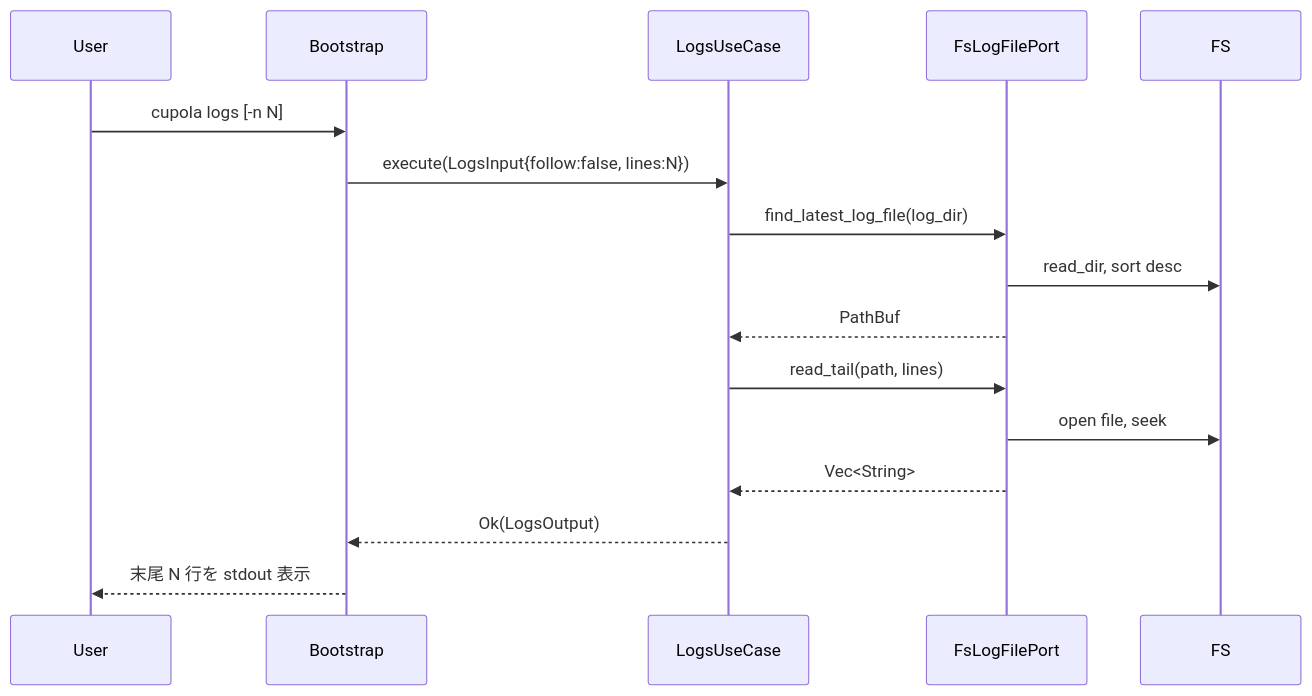
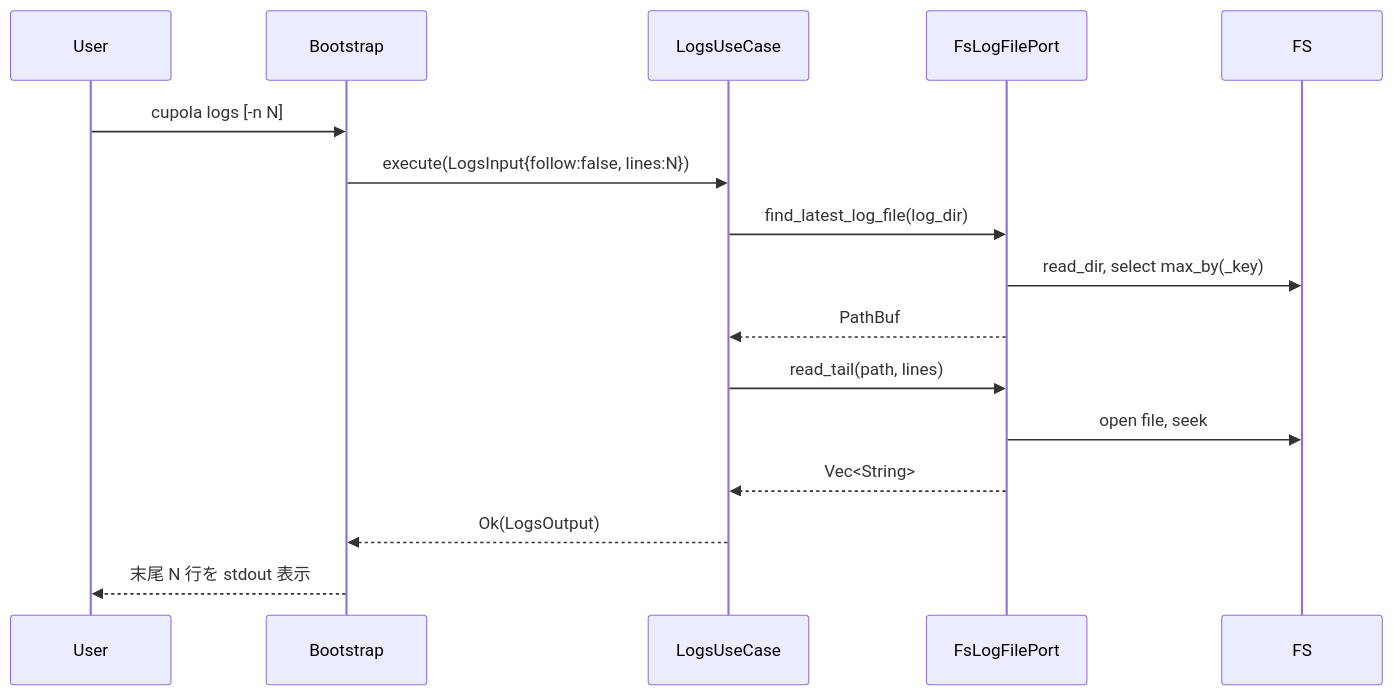
One commit to kyuki3rain/cupola changed the second of 3 diagrams in .cupola/specs/logs-command/design.md. Above: the diagram before and after it, drawn with Mermaid. The commit also changed other lines of this file and 2 other files, not shown here.

````diff
--- a/.cupola/specs/logs-command/design.md
+++ b/.cupola/specs/logs-command/design.md
@@ -78,19 +78,19 @@
 ```mermaid
 sequenceDiagram
     participant User
     participant Bootstrap
     participant LogsUseCase
     participant FsLogFilePort
     participant FS
 
     User->>Bootstrap: cupola logs [-n N]
     Bootstrap->>LogsUseCase: execute(LogsInput{follow:false, lines:N})
     LogsUseCase->>FsLogFilePort: find_latest_log_file(log_dir)
-    FsLogFilePort->>FS: read_dir, sort desc
+    FsLogFilePort->>FS: read_dir, select max_by(_key)
     FsLogFilePort-->>LogsUseCase: PathBuf
     LogsUseCase->>FsLogFilePort: read_tail(path, lines)
     FsLogFilePort->>FS: open file, seek
     FsLogFilePort-->>LogsUseCase: Vec<String>
     LogsUseCase-->>Bootstrap: Ok(LogsOutput)
     Bootstrap-->>User: 末尾 N 行を stdout 表示
 ```
````
